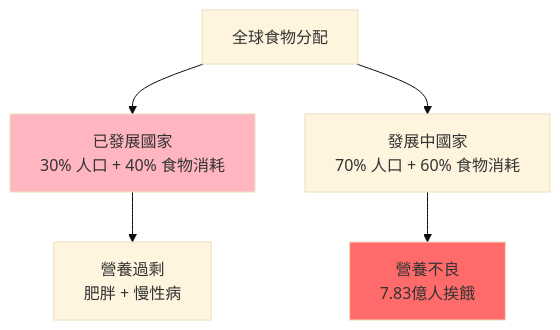
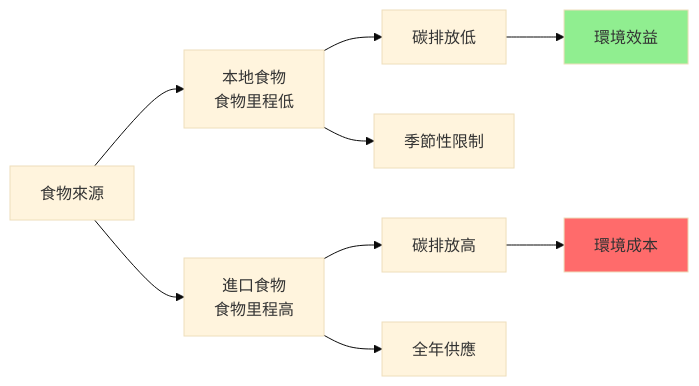
The seventh of 10 diagrams in 01_HKU_Courses/HIST2077_Eating_history.md (yip-lgtm/HKU-Harvard-History-Self-Study), drawn with Mermaid (base theme) before and after one commit. The commit also changed other lines of this file and 25 other files, not shown here.

````diff
--- a/01_HKU_Courses/HIST2077_Eating_history.md
+++ b/01_HKU_Courses/HIST2077_Eating_history.md
@@ -150,9 +295,13 @@
 ```mermaid
-graph TD
-    A["全球食物分配"] --> B["已發展國家<br/>30% 人口 + 40% 食物消耗"]
-    A --> C["發展中國家<br/>70% 人口 + 60% 食物消耗"]
-    B --> D["營養過剩<br/>肥胖 + 慢性病"]
-    C --> E["營養不良<br/>7.83億人挨餓"]
-    style B fill:#FFB6C1
-    style E fill:#FF6B6B
+graph LR
+    A["食物來源"] --> B["本地食物<br/>食物里程低"]
+    A --> C["進口食物<br/>食物里程高"]
+    B --> D["碳排放低"]
+    B --> E["季節性限制"]
+    C --> F["碳排放高"]
+    C --> G["全年供應"]
+    D --> H["環境效益"]
+    F --> I["環境成本"]
+    style H fill:#90EE90
+    style I fill:#FF6B6B
 ```
````
